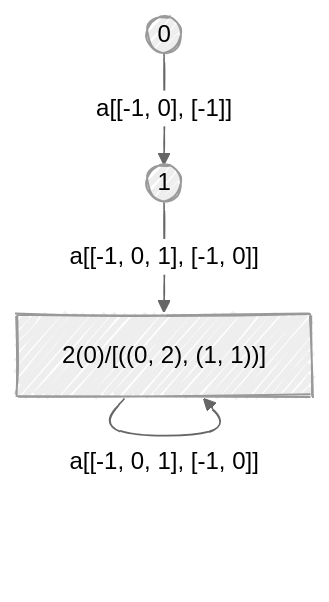
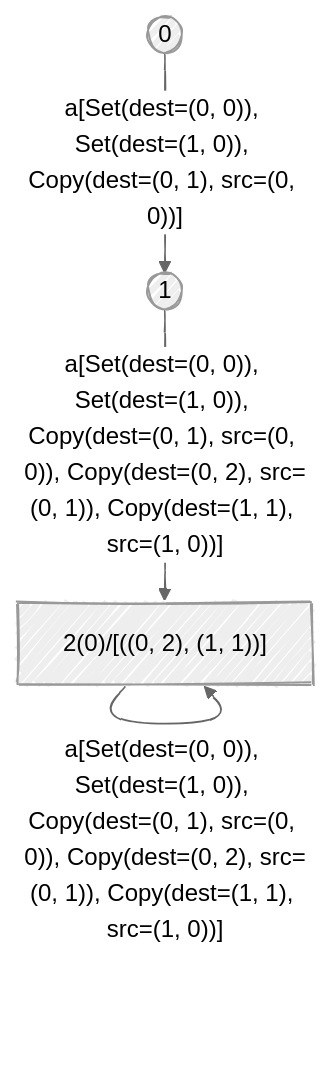
The diagram in src/lib/tests/__snapshot__/dfa_a_star_capture.md (moonbitlang/moonlex-old), drawn with Mermaid (neutral theme) before and after one commit. The commit also changed 5 other files, not shown here.

````diff
--- a/src/lib/tests/__snapshot__/dfa_a_star_capture.md
+++ b/src/lib/tests/__snapshot__/dfa_a_star_capture.md
@@ -1,13 +1,13 @@
 ```mermaid
 ---
   config:
     look: handDrawn
 ---
 graph TD
-0-->|"a[[-1, 0], [-1]]"|1
-1-->|"a[[-1, 0, 1], [-1, 0]]"|2
-2-->|"a[[-1, 0, 1], [-1, 0]]"|2
+0-->|"a[Set(dest=(0, 0)), Set(dest=(1, 0)), Copy(dest=(0, 1), src=(0, 0))]"|1
+1-->|"a[Set(dest=(0, 0)), Set(dest=(1, 0)), Copy(dest=(0, 1), src=(0, 0)), Copy(dest=(0, 2), src=(0, 1)), Copy(dest=(1, 1), src=(1, 0))]"|2
+2-->|"a[Set(dest=(0, 0)), Set(dest=(1, 0)), Copy(dest=(0, 1), src=(0, 0)), Copy(dest=(0, 2), src=(0, 1)), Copy(dest=(1, 1), src=(1, 0))]"|2
 0((0))
 1((1))
 2["2(0)/[((0, 2), (1, 1))]"]
 ```
````
